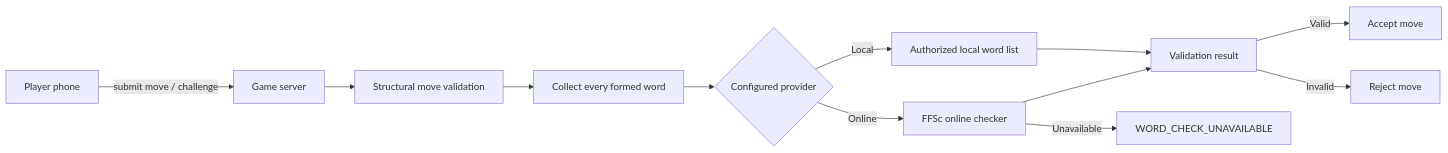
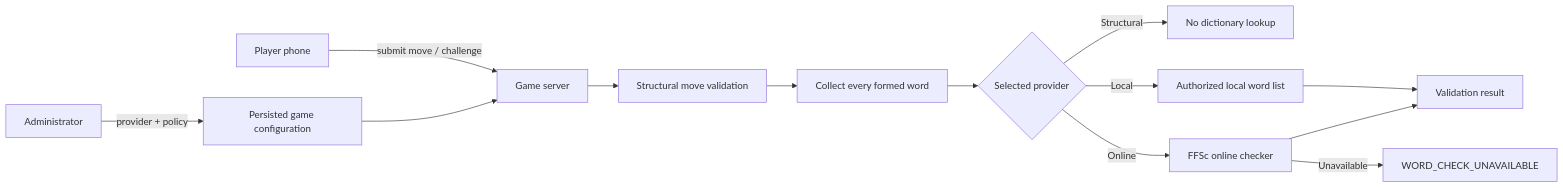
Before and after one commit to EfcyLab/electronic-scrabble: the diagram in docs/word-validation.md, drawn with Mermaid. The commit also changed other lines of this file and 19 other files, not shown here.

````diff
--- a/docs/word-validation.md
+++ b/docs/word-validation.md
@@ -19,14 +47,15 @@
 ```mermaid
 flowchart LR
+    Admin[Administrator] -->|provider + policy| Game[Persisted game configuration]
     Phone[Player phone] -->|submit move / challenge| Server[Game server]
+    Game --> Server
     Server --> Structure[Structural move validation]
     Structure --> Words[Collect every formed word]
-    Words --> Provider{Configured provider}
+    Words --> Provider{Selected provider}
+    Provider -->|Structural| AcceptStructure[No dictionary lookup]
     Provider -->|Local| Local[Authorized local word list]
     Provider -->|Online| FFSc[FFSc online checker]
     Local --> Result[Validation result]
     FFSc --> Result
-    Result -->|Valid| Accept[Accept move]
-    Result -->|Invalid| Reject[Reject move]
     FFSc -->|Unavailable| Retry[WORD_CHECK_UNAVAILABLE]
 ```
````
